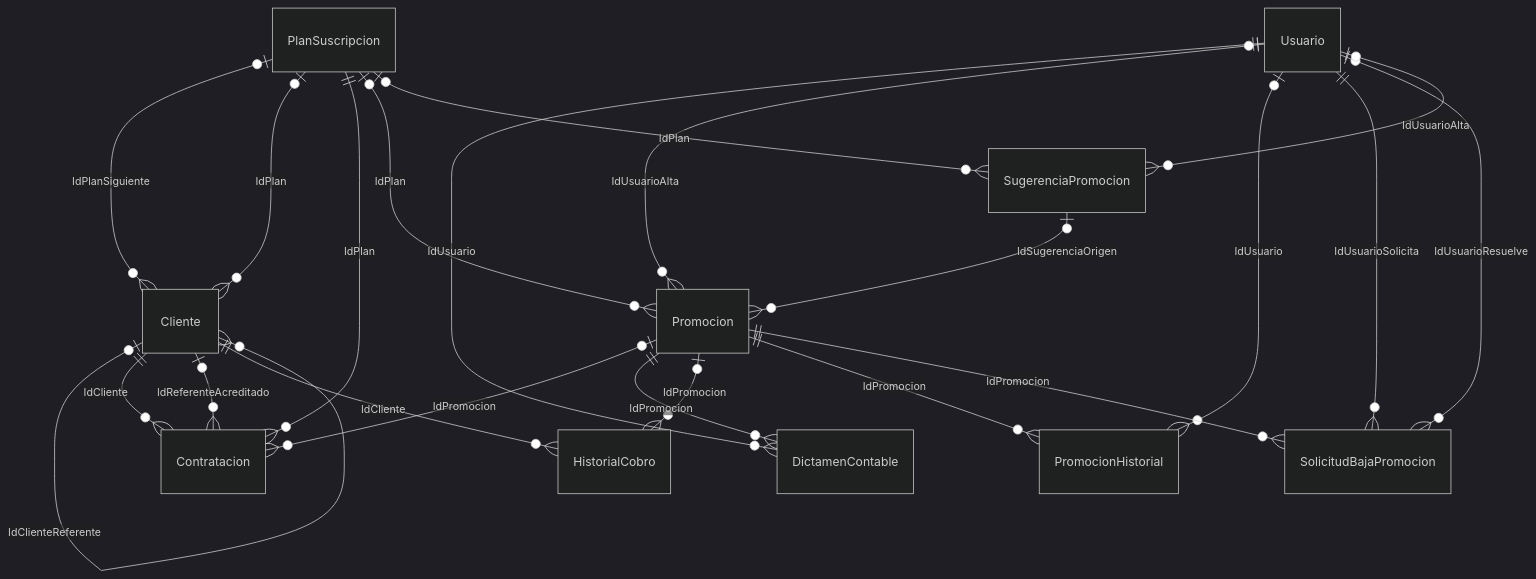
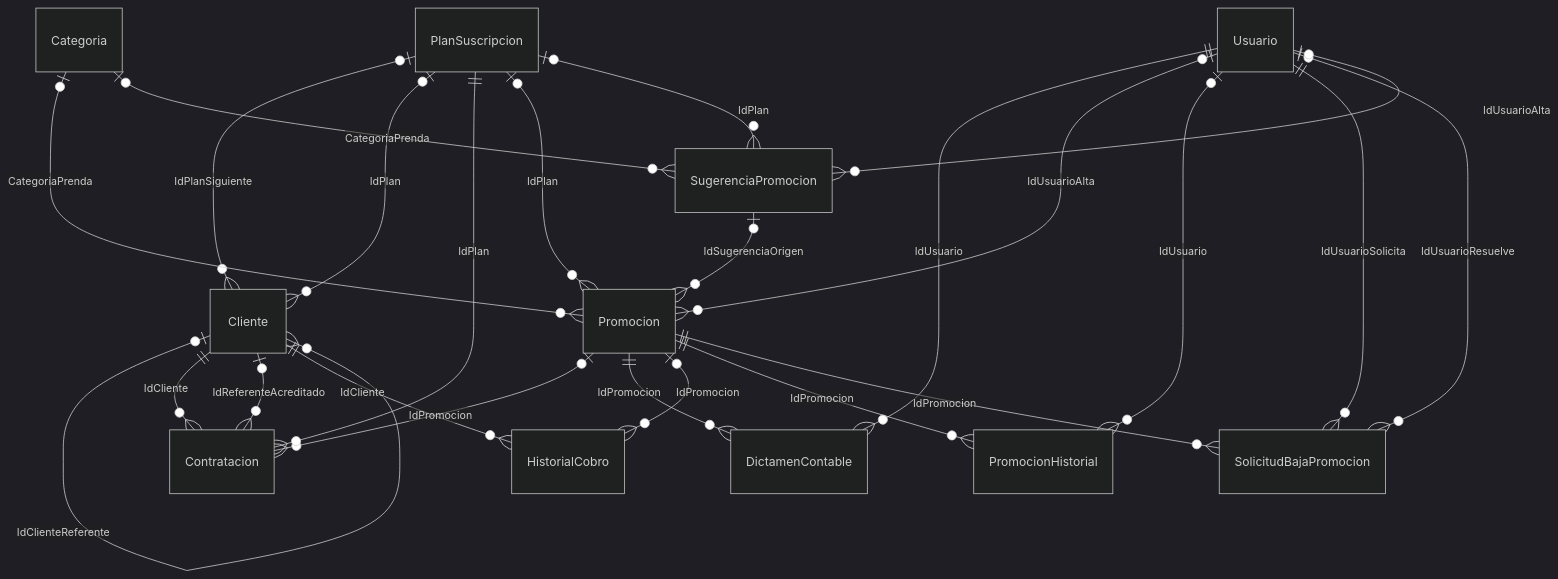
One commit to valentinamorana/Trabajo-de-Diploma changed the diagram in docs/diagramas/mermaid/MC_pn03_promociones.mmd. Above: the diagram before and after it, drawn with Mermaid (dark theme). The commit also changed 85 other files, not shown here.

```diff
--- a/docs/diagramas/mermaid/MC_pn03_promociones.mmd
+++ b/docs/diagramas/mermaid/MC_pn03_promociones.mmd
@@ -1,32 +1,35 @@
 erDiagram
   Cliente |o--o{ Cliente : "IdClienteReferente"
   PlanSuscripcion |o--o{ Cliente : "IdPlanSiguiente"
   PlanSuscripcion |o--o{ Cliente : "IdPlan"
+  Promocion |o--o{ Contratacion : "IdPromocion"
   PlanSuscripcion ||--o{ Contratacion : "IdPlan"
-  Promocion |o--o{ Contratacion : "IdPromocion"
   Cliente ||--o{ Contratacion : "IdCliente"
   Cliente |o--o{ Contratacion : "IdReferenteAcreditado"
+  Promocion ||--o{ DictamenContable : "IdPromocion"
   Usuario ||--o{ DictamenContable : "IdUsuario"
-  Promocion ||--o{ DictamenContable : "IdPromocion"
   Promocion |o--o{ HistorialCobro : "IdPromocion"
   Cliente ||--o{ HistorialCobro : "IdCliente"
+  Categoria |o--o{ Promocion : "CategoriaPrenda"
   Usuario |o--o{ Promocion : "IdUsuarioAlta"
   SugerenciaPromocion |o--o{ Promocion : "IdSugerenciaOrigen"
   PlanSuscripcion |o--o{ Promocion : "IdPlan"
   Promocion ||--o{ PromocionHistorial : "IdPromocion"
   Usuario |o--o{ PromocionHistorial : "IdUsuario"
-  Promocion ||--o{ SolicitudBajaPromocion : "IdPromocion"
   Usuario ||--o{ SolicitudBajaPromocion : "IdUsuarioSolicita"
   Usuario |o--o{ SolicitudBajaPromocion : "IdUsuarioResuelve"
+  Promocion ||--o{ SolicitudBajaPromocion : "IdPromocion"
+  Categoria |o--o{ SugerenciaPromocion : "CategoriaPrenda"
   Usuario |o--o{ SugerenciaPromocion : "IdUsuarioAlta"
   PlanSuscripcion |o--o{ SugerenciaPromocion : "IdPlan"
   Usuario
   PlanSuscripcion
+  Categoria
   SugerenciaPromocion
   Promocion
   PromocionHistorial
   DictamenContable
   SolicitudBajaPromocion
   Contratacion
   Cliente
   HistorialCobro
```
